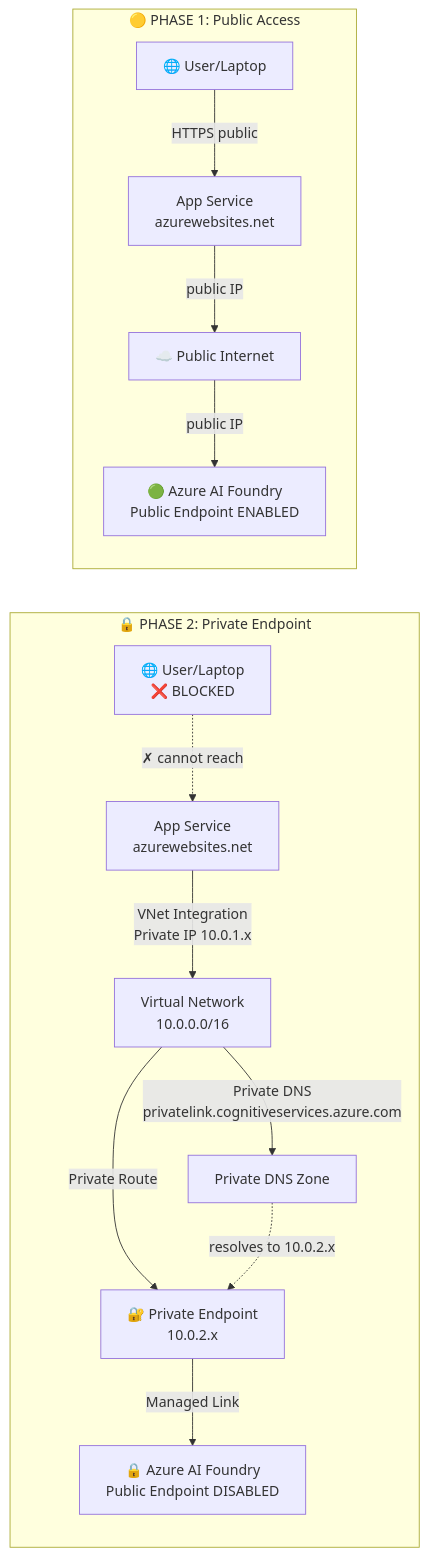
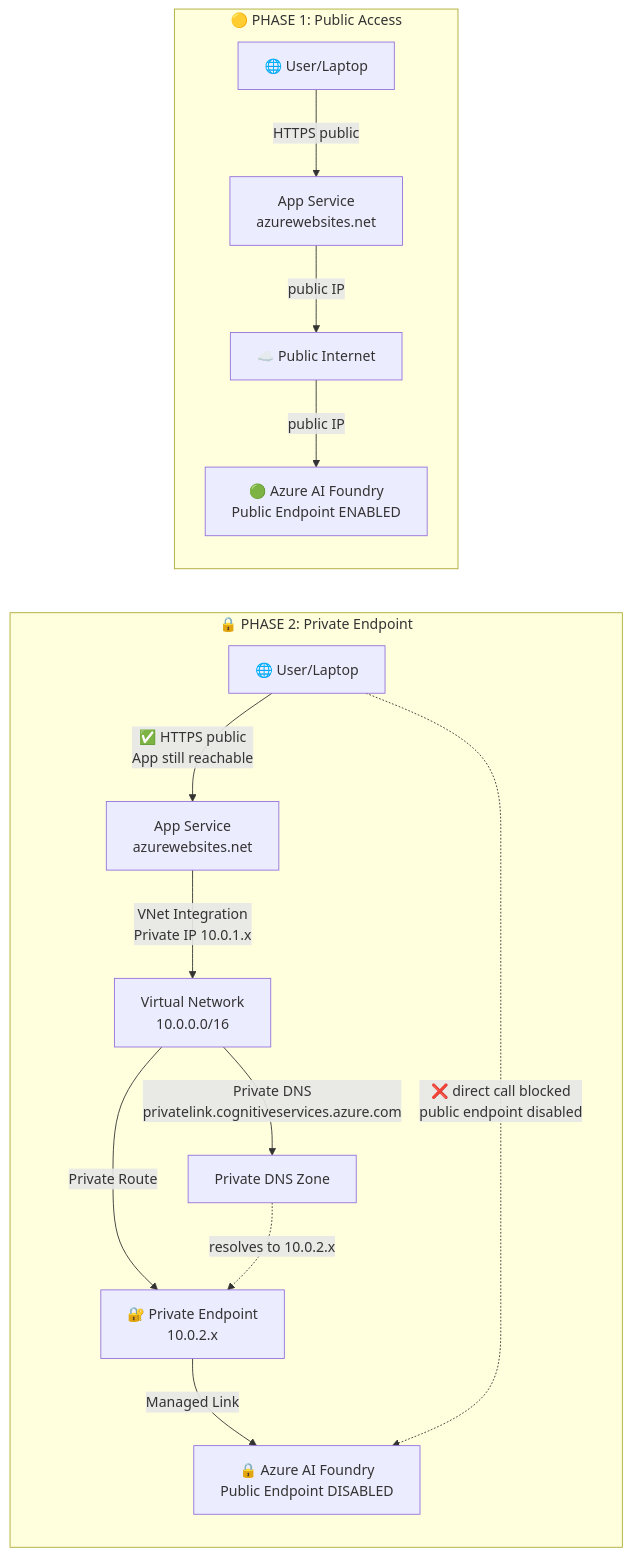
The first of 3 diagrams in README.md (dmauser/ms-foundry-pe-demo), drawn with Mermaid before and after one commit. The commit also changed 1 other file, not shown here.

Commit message:
feat(webapp): add in-app traffic-flow diagrams for Scenarios 1 & 2; fix S1 Phase-2 mermaid
Add SVG Traffic Flow diagrams for Scenario 1 (Private Endpoint + VNet) and Scenario 2 (NSP + Managed Identity) inside the shared web app, mirroring Scenario 3. Each scenario now toggles its own diagram via showFlow(). Also correct the README Scenario 1 Phase-2 diagram: the App Service front door stays publicly reachable over HTTPS; only a direct laptop-to-Foundry call is blocked (public endpoint disabled).

Copilot-Session: ffdf125f-d912-40ec-b3ca-b5540bf743b3

````diff
--- a/README.md
+++ b/README.md
@@ -46,19 +46,20 @@
 ```mermaid
 graph LR
     subgraph PrivatePhase["🔒 PHASE 2: Private Endpoint"]
         direction TB
-        User2["🌐 User/Laptop<br/>❌ BLOCKED"] -.->|✗ cannot reach| AppSvc2["App Service<br/>azurewebsites.net"]
+        User2["🌐 User/Laptop"] -->|✅ HTTPS public<br/>App still reachable| AppSvc2["App Service<br/>azurewebsites.net"]
         AppSvc2 -->|VNet Integration<br/>Private IP 10.0.1.x| VNet["Virtual Network<br/>10.0.0.0/16"]
         VNet -->|Private Route| PrivateEP["🔐 Private Endpoint<br/>10.0.2.x"]
         PrivateEP -->|Managed Link| Foundry2["🔒 Azure AI Foundry<br/>Public Endpoint DISABLED"]
         VNet -->|Private DNS<br/>privatelink.cognitiveservices.azure.com| DNS["Private DNS Zone"]
         DNS -.->|resolves to 10.0.2.x| PrivateEP
+        User2 -.->|❌ direct call blocked<br/>public endpoint disabled| Foundry2
     end
 
     subgraph PublicPhase["🟡 PHASE 1: Public Access"]
         direction TB
         User1["🌐 User/Laptop"] -->|HTTPS public| AppSvc1["App Service<br/>azurewebsites.net"]
         AppSvc1 -->|public IP| Internet1["☁️ Public Internet"]
         Internet1 -->|public IP| Foundry1["🟢 Azure AI Foundry<br/>Public Endpoint ENABLED"]
     end
 ```
````
